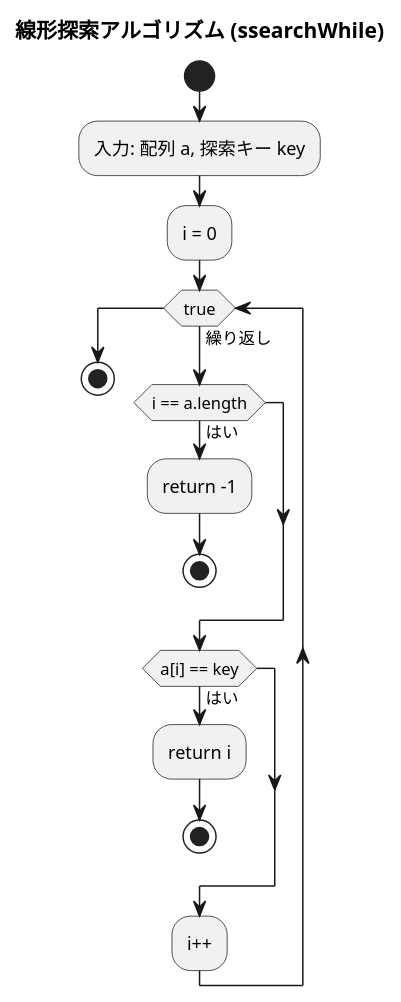
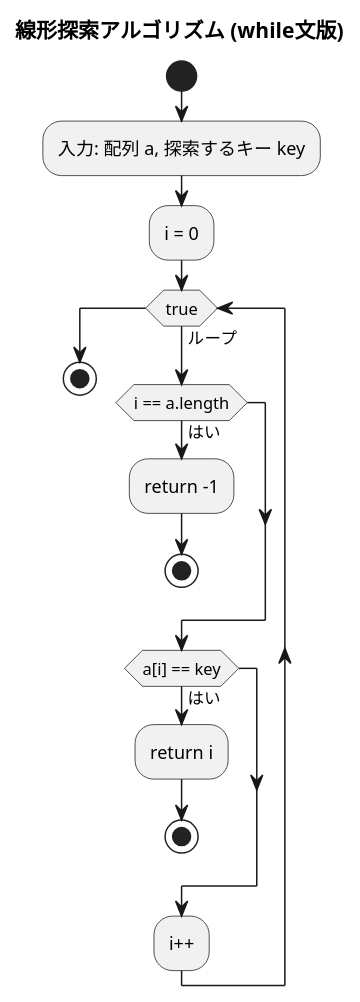
One commit to k2works/getting-started-algorithm changed the first of 6 diagrams in docs/article/node/03-search-algorithms.md. Above: the diagram before and after it, drawn with PlantUML. The commit also changed other lines of this file and 7 other files, not shown here.

````diff
--- a/docs/article/node/03-search-algorithms.md
+++ b/docs/article/node/03-search-algorithms.md
@@ -72,23 +89,25 @@
 ```plantuml
 @startuml
-title 線形探索アルゴリズム (ssearchWhile)
+title 線形探索アルゴリズム (while文版)
 
 start
-:入力: 配列 a, 探索キー key;
+:入力: 配列 a, 探索するキー key;
 :i = 0;
 
-while (true) is (繰り返し)
+while (true) is (ループ)
   if (i == a.length) then (はい)
     :return -1;
     stop
   endif
+
   if (a[i] == key) then (はい)
     :return i;
     stop
   endif
+
   :i++;
 endwhile
 
 stop
 @enduml
 ```
````
